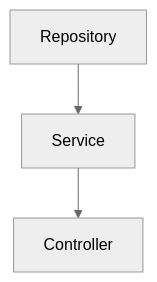
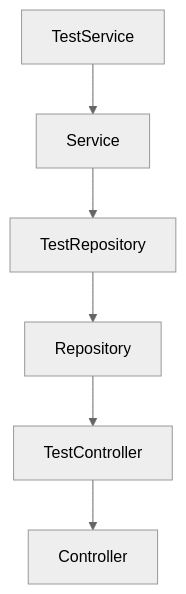
One commit to atalhox/tdd changed the second of 2 diagrams in docs/index.md. Above: the diagram before and after it, drawn with Mermaid (neutral theme). The commit also changed other lines of this file, not shown here.

````diff
--- a/docs/index.md
+++ b/docs/index.md
@@ -31,5 +34,8 @@
 ```mermaid
 graph TD;
-    Repository-->Service;
-    Service-->Controller;
+    TestService-->Service;
+    Service-->TestRepository;
+    TestRepository-->Repository;
+    Repository-->TestController;
+    TestController-->Controller;
 ```
````
